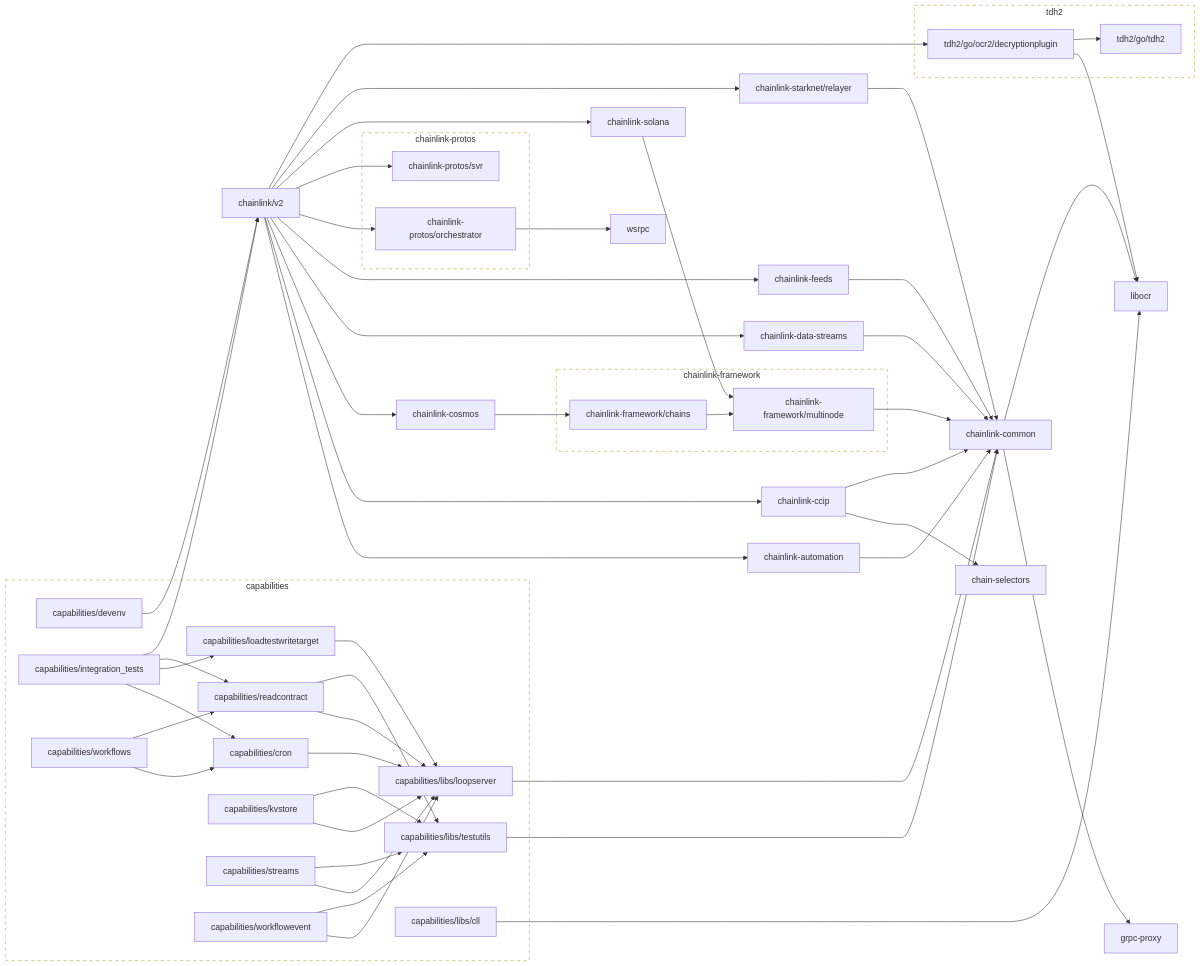
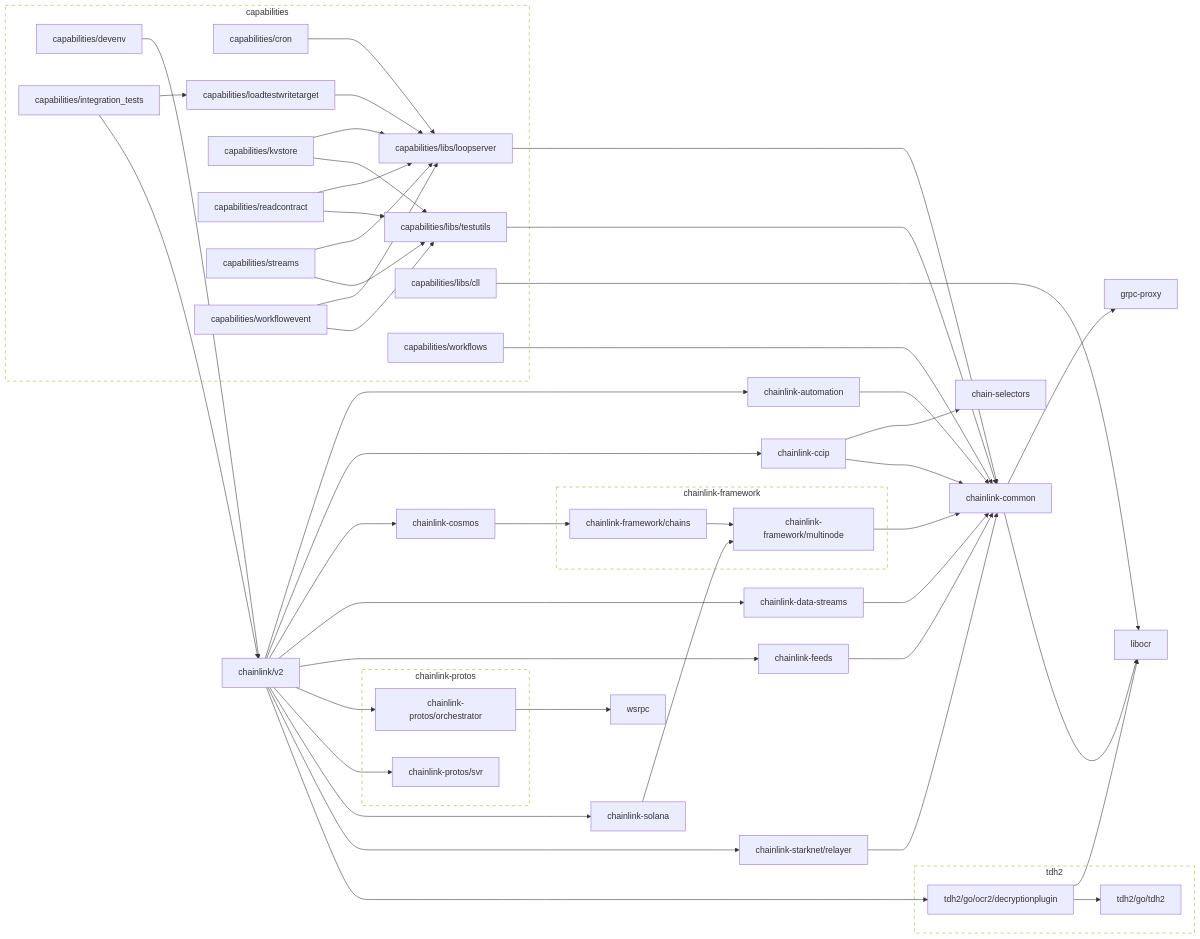
The diagram in go.md (smartcontractkit/capabilities), drawn with Mermaid before and after one commit. The commit also changed 27 other files, not shown here.

```diff
--- a/go.md
+++ b/go.md
@@ -6,9 +6,7 @@
 	click capabilities/cron href "https://github.com/smartcontractkit/capabilities"
 	capabilities/devenv --> chainlink/v2
 	click capabilities/devenv href "https://github.com/smartcontractkit/capabilities"
-	capabilities/integration_tests --> capabilities/cron
 	capabilities/integration_tests --> capabilities/loadtestwritetarget
-	capabilities/integration_tests --> capabilities/readcontract
 	capabilities/integration_tests --> chainlink/v2
 	click capabilities/integration_tests href "https://github.com/smartcontractkit/capabilities"
 	capabilities/kvstore --> capabilities/libs/loopserver
@@ -31,8 +29,7 @@
 	capabilities/workflowevent --> capabilities/libs/loopserver
 	capabilities/workflowevent --> capabilities/libs/testutils
 	click capabilities/workflowevent href "https://github.com/smartcontractkit/capabilities"
-	capabilities/workflows --> capabilities/cron
-	capabilities/workflows --> capabilities/readcontract
+	capabilities/workflows --> chainlink-common
 	click capabilities/workflows href "https://github.com/smartcontractkit/capabilities"
 	chain-selectors
 	click chain-selectors href "https://github.com/smartcontractkit/chain-selectors"
```
